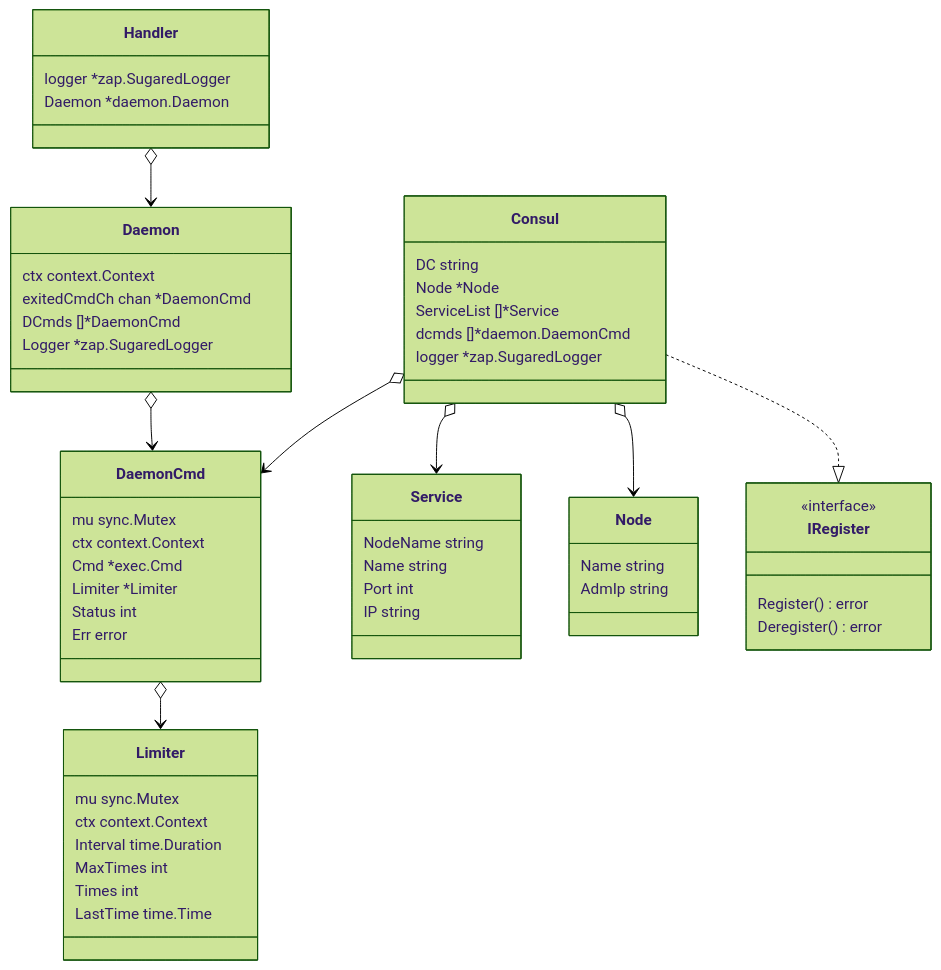
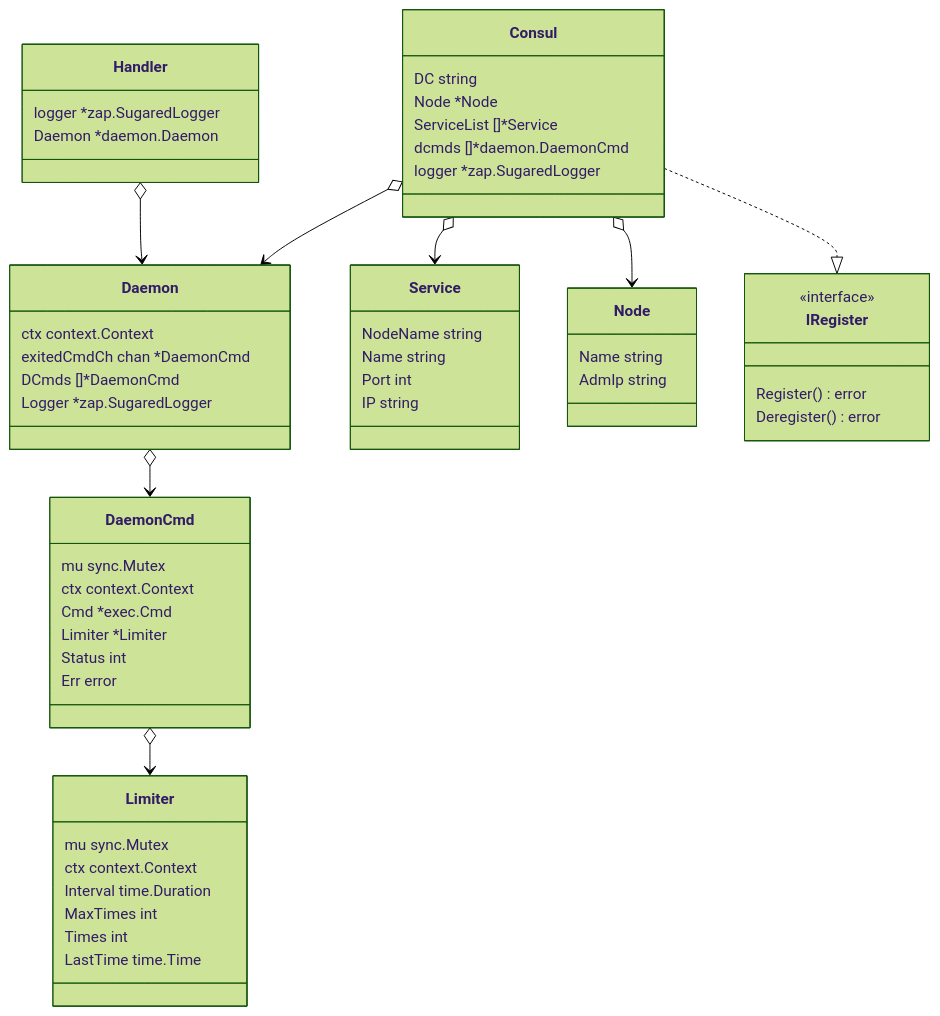
Before and after one commit to sq325/cmdDaemon: the diagram in README.md, drawn with Mermaid (forest theme). The commit also changed 6 other files, not shown here.

````diff
--- a/README.md
+++ b/README.md
@@ -29,61 +29,61 @@
 ```mermaid
 classDiagram
   class Daemon{
     ctx context.Context
     exitedCmdCh chan *DaemonCmd
     DCmds       []*DaemonCmd
     Logger *zap.SugaredLogger
   }
   class DaemonCmd{
     mu  sync.Mutex
     ctx context.Context
     Cmd     *exec.Cmd
     Limiter *Limiter
     Status int
     Err    error 
   }
   class Handler{
     logger *zap.SugaredLogger
     Daemon *daemon.Daemon
   }
   class Limiter{
     mu sync.Mutex
     ctx context.Context
     Interval time.Duration
     MaxTimes int
     Times int
     LastTime time.Time
   }
   class Service{
     NodeName string
 	  Name     string 
 	  Port     int    
 	  IP       string 
   }
   class Node{
     Name  string
     AdmIp string
   }
   class Consul {
     DC          string
     Node        *Node
     ServiceList []*Service
     dcmds []*daemon.DaemonCmd
     logger *zap.SugaredLogger
 
 
   }
   class IRegister {
     <<interface>>
     Register() error
 	  Deregister() error
   }
 
   Consul ..|> IRegister
   Consul o--> Node
   Consul o--> Service
-  Consul o--> DaemonCmd
+  Consul o--> Daemon
   DaemonCmd o--> Limiter
   Daemon o--> DaemonCmd
   Handler o--> Daemon
 ```
````
